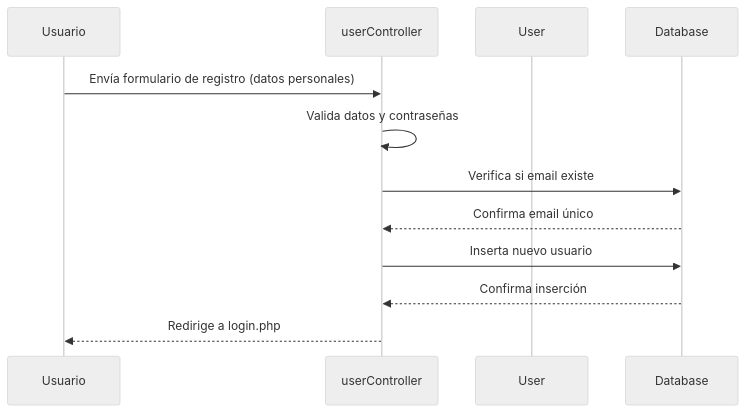
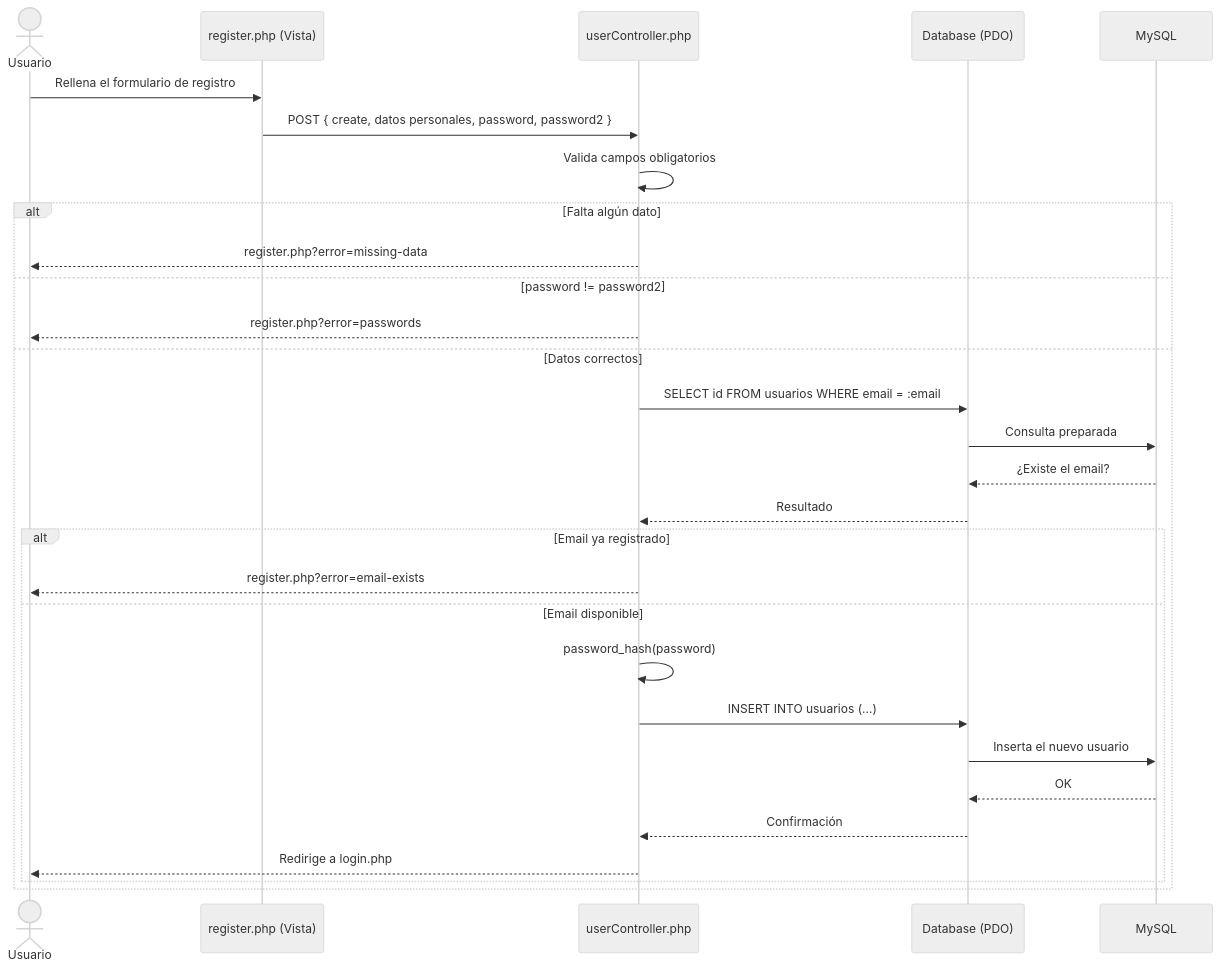
The third of 3 diagrams in README.md (israelalmore/uiUX_html-css), drawn with Mermaid (neutral theme) before and after one commit. The commit also changed other lines of this file, not shown here.

````diff
--- a/README.md
+++ b/README.md
@@ -70,15 +196,34 @@
 ```mermaid
 sequenceDiagram
-    participant Usuario
-    participant userController
-    participant User
-    participant Database
+    actor Usuario
+    participant Reg as register.php (Vista)
+    participant Ctrl as userController.php
+    participant DB as Database (PDO)
+    participant MySQL
 
-    Usuario->>userController: Envía formulario de registro (datos personales)
-    userController->>userController: Valida datos y contraseñas
-    userController->>Database: Verifica si email existe
-    Database-->>userController: Confirma email único
-    userController->>Database: Inserta nuevo usuario
-    Database-->>userController: Confirma inserción
-    userController-->>Usuario: Redirige a login.php
+    Usuario->>Reg: Rellena el formulario de registro
+    Reg->>Ctrl: POST { create, datos personales, password, password2 }
+    Ctrl->>Ctrl: Valida campos obligatorios
+
+    alt Falta algún dato
+        Ctrl-->>Usuario: register.php?error=missing-data
+    else password != password2
+        Ctrl-->>Usuario: register.php?error=passwords
+    else Datos correctos
+        Ctrl->>DB: SELECT id FROM usuarios WHERE email = :email
+        DB->>MySQL: Consulta preparada
+        MySQL-->>DB: ¿Existe el email?
+        DB-->>Ctrl: Resultado
+
+        alt Email ya registrado
+            Ctrl-->>Usuario: register.php?error=email-exists
+        else Email disponible
+            Ctrl->>Ctrl: password_hash(password)
+            Ctrl->>DB: INSERT INTO usuarios (...)
+            DB->>MySQL: Inserta el nuevo usuario
+            MySQL-->>DB: OK
+            DB-->>Ctrl: Confirmación
+            Ctrl-->>Usuario: Redirige a login.php
+        end
+    end
 ```
````
